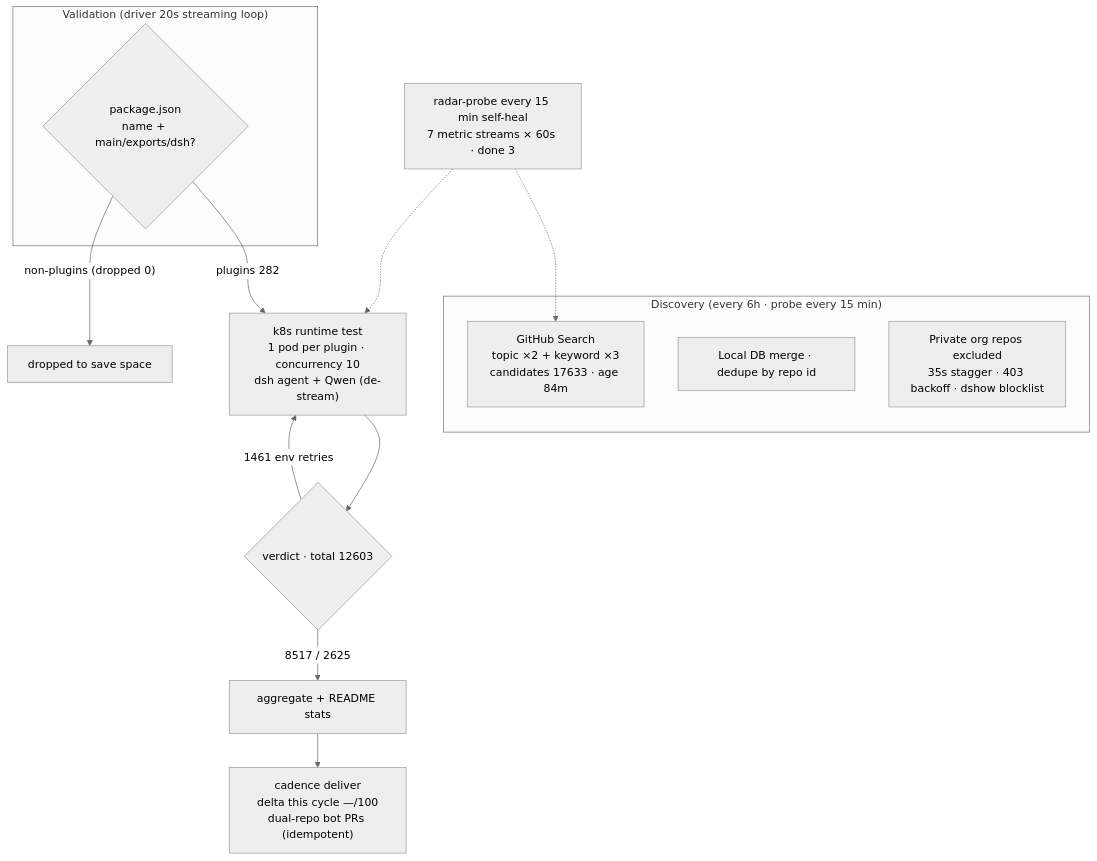
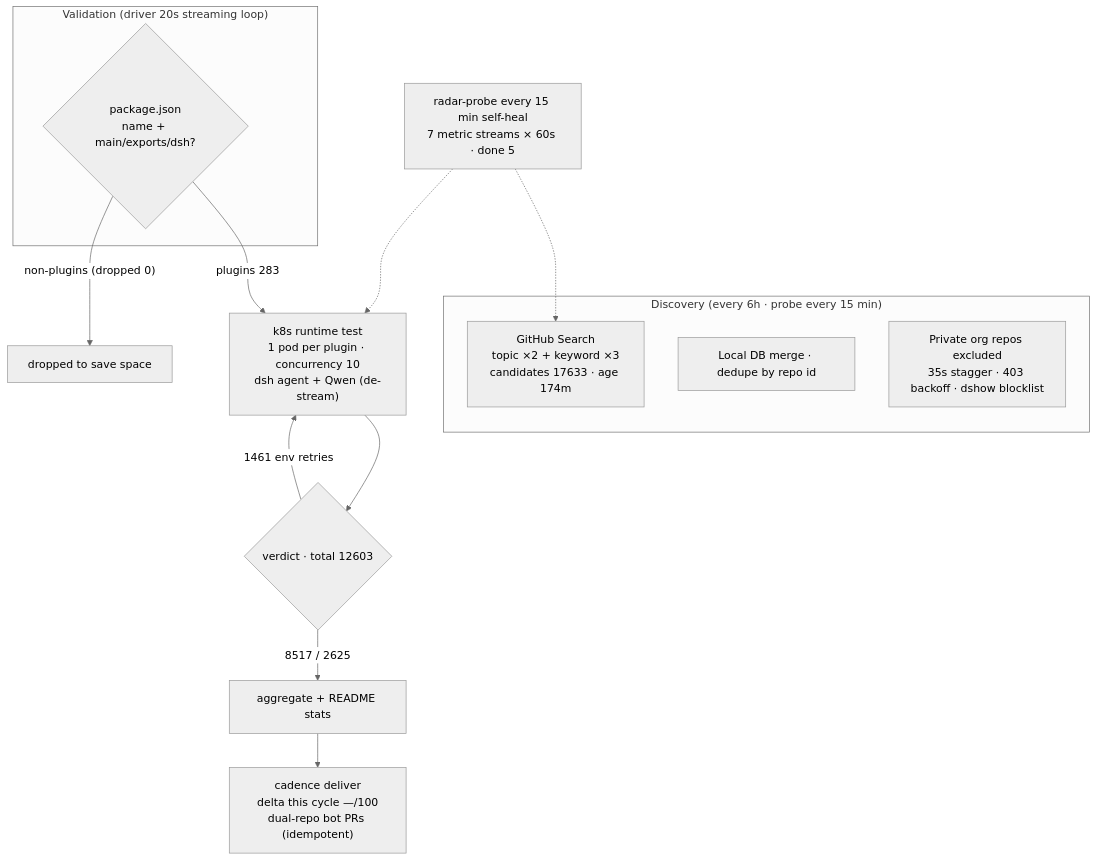
One commit to AdamPlatin123/awesome-dsh-plugins changed the diagram in README.en-US.md. Above: the diagram before and after it, drawn with Mermaid (neutral theme). The commit also changed other lines of this file and 5 other files, not shown here.

````diff
--- a/README.en-US.md
+++ b/README.en-US.md
@@ -45,20 +45,20 @@
 ```mermaid
 flowchart TB
     subgraph Discovery["Discovery (every 6h · probe every 15 min)"]
-        A1["GitHub Search<br/>topic ×2 + keyword ×3<br/>candidates 17633 · age 84m"]
+        A1["GitHub Search<br/>topic ×2 + keyword ×3<br/>candidates 17633 · age 174m"]
         A2["Local DB merge · dedupe by repo id"]
         A3["Private org repos excluded<br/>35s stagger · 403 backoff · dshow blocklist"]
     end
     subgraph Validation["Validation (driver 20s streaming loop)"]
         B1{"package.json<br/>name + main/exports/dsh?"}
     end
-    B1 -->|"plugins 282"| C1["k8s runtime test<br/>1 pod per plugin · concurrency 10<br/>dsh agent + Qwen (de-stream)"]
+    B1 -->|"plugins 283"| C1["k8s runtime test<br/>1 pod per plugin · concurrency 10<br/>dsh agent + Qwen (de-stream)"]
     B1 -->|"non-plugins (dropped 0)"| B3["dropped to save space"]
     C1 --> D1{"verdict · total 12603"}
     D1 -->|"8517 / 2625"| E1["aggregate + README stats"]
     D1 -->|"1461 env retries"| C1
     E1 --> E2["cadence deliver<br/>delta this cycle —/100<br/>dual-repo bot PRs (idempotent)"]
-    M["radar-probe every 15 min self-heal<br/>7 metric streams × 60s · done 3"]
+    M["radar-probe every 15 min self-heal<br/>7 metric streams × 60s · done 5"]
     M -.-> A1
     M -.-> C1
 ```
````
